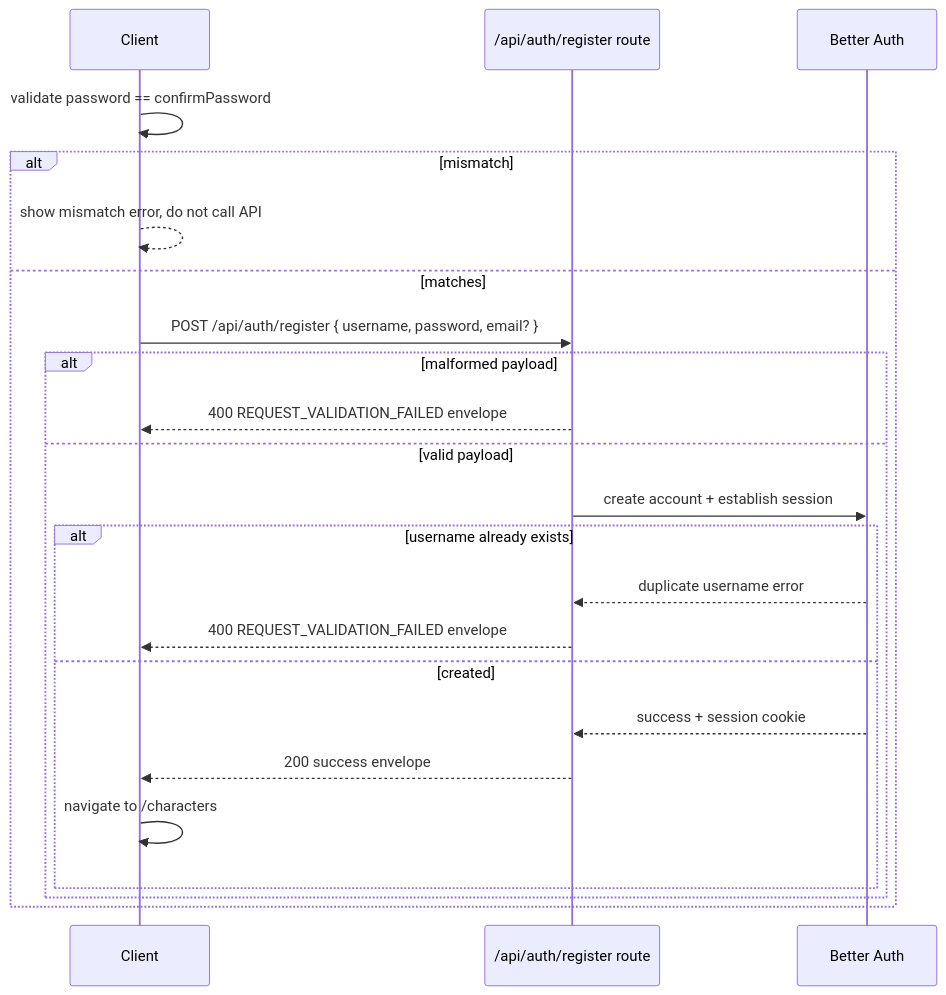
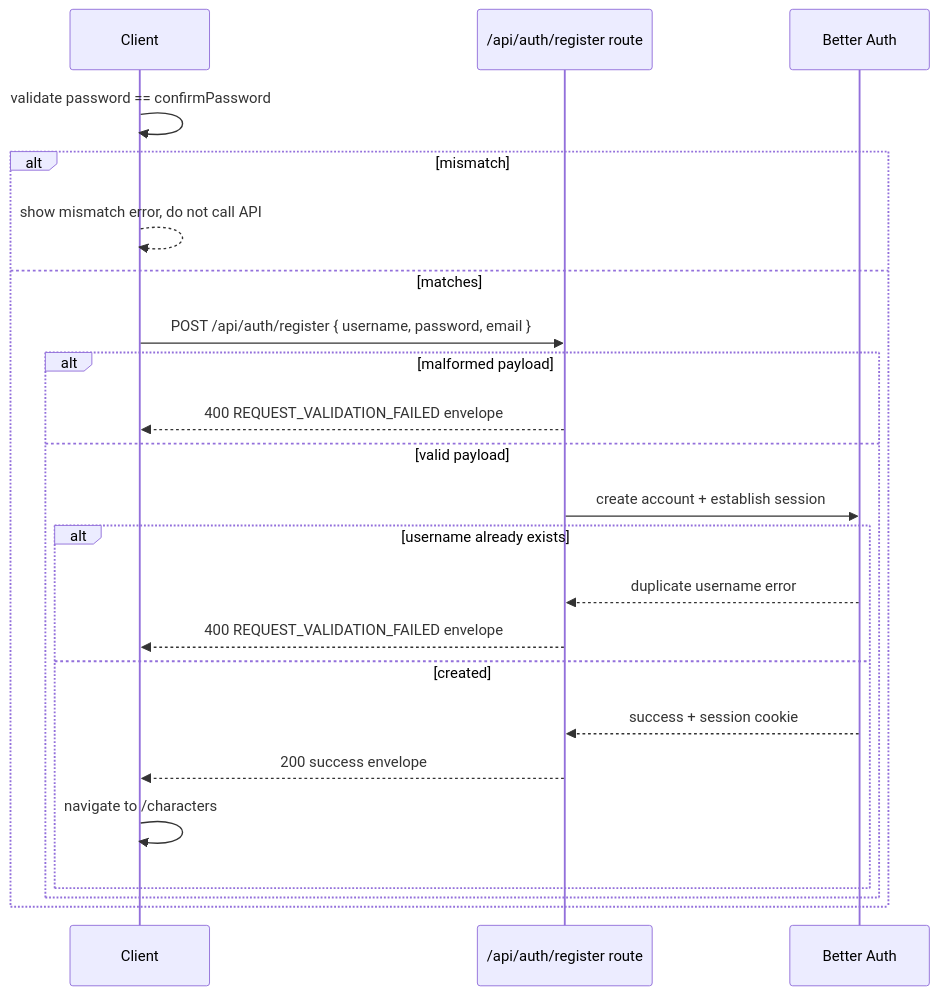
One commit to Antonyacosta78/dnd-character-manager changed the fourth of 4 diagrams in docs/specs/authentication/implementation-plan.md. Above: the diagram before and after it, drawn with Mermaid. The commit also changed other lines of this file and 9 other files, not shown here.

Commit message:
fix(auth): require email and surface password constraints (#32)

````diff
--- a/docs/specs/authentication/implementation-plan.md
+++ b/docs/specs/authentication/implementation-plan.md
@@ -272,25 +273,25 @@
 ```mermaid
 sequenceDiagram
   participant C as Client
   participant R as /api/auth/register route
   participant B as Better Auth
   C->>C: validate password == confirmPassword
   alt mismatch
     C-->>C: show mismatch error, do not call API
   else matches
-    C->>R: POST /api/auth/register { username, password, email? }
+    C->>R: POST /api/auth/register { username, password, email }
     alt malformed payload
       R-->>C: 400 REQUEST_VALIDATION_FAILED envelope
     else valid payload
       R->>B: create account + establish session
       alt username already exists
         B-->>R: duplicate username error
         R-->>C: 400 REQUEST_VALIDATION_FAILED envelope
       else created
         B-->>R: success + session cookie
         R-->>C: 200 success envelope
         C->>C: navigate to /characters
       end
     end
   end
 ```
````
